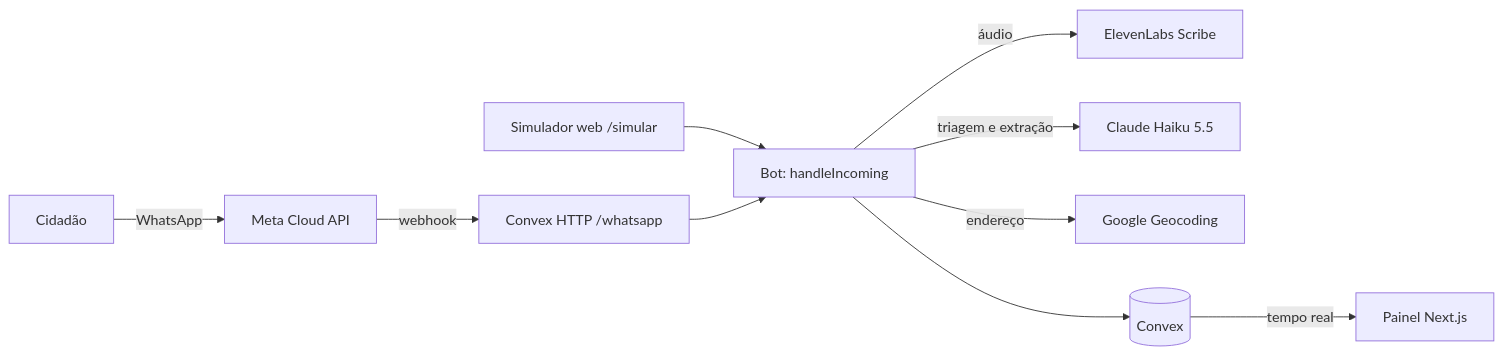
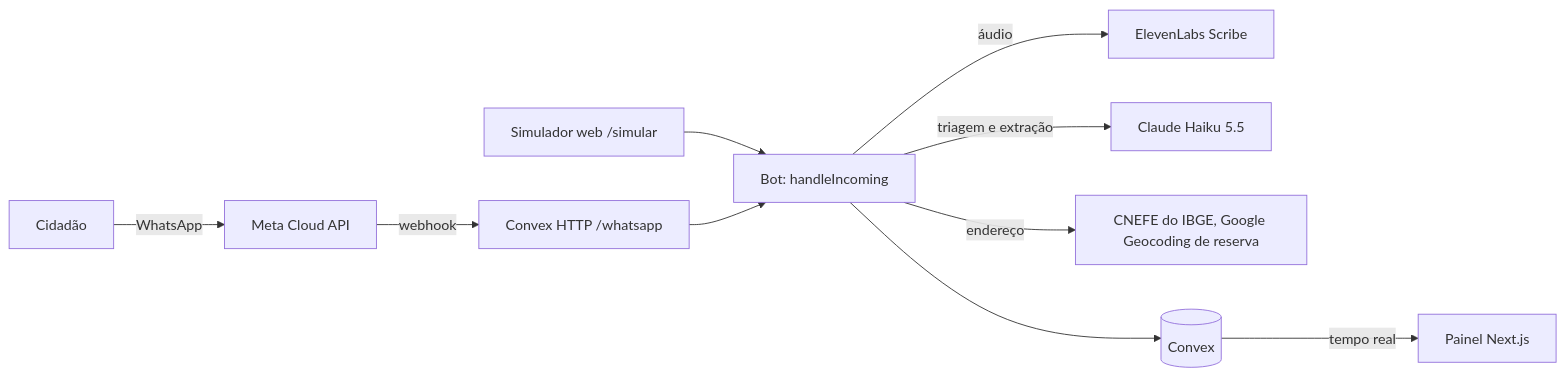
The diagram in README.md (jonathangaldino/fiscaliz.ai), drawn with Mermaid before and after one commit. The commit also changed other lines of this file and 132 other files, not shown here.

````diff
--- a/README.md
+++ b/README.md
@@ -34,12 +40,12 @@
 ```mermaid
 flowchart LR
   C[Cidadão] -- WhatsApp --> M[Meta Cloud API]
   M -- webhook --> H[Convex HTTP /whatsapp]
   S[Simulador web /simular] --> Q
   H --> Q[Bot: handleIncoming]
   Q -- áudio --> E[ElevenLabs Scribe]
   Q -- triagem e extração --> A[Claude Haiku 5.5]
-  Q -- endereço --> G[Google Geocoding]
+  Q -- endereço --> G[CNEFE do IBGE, Google Geocoding de reserva]
   Q --> DB[(Convex)]
   DB -- tempo real --> P[Painel Next.js]
 ```
````
